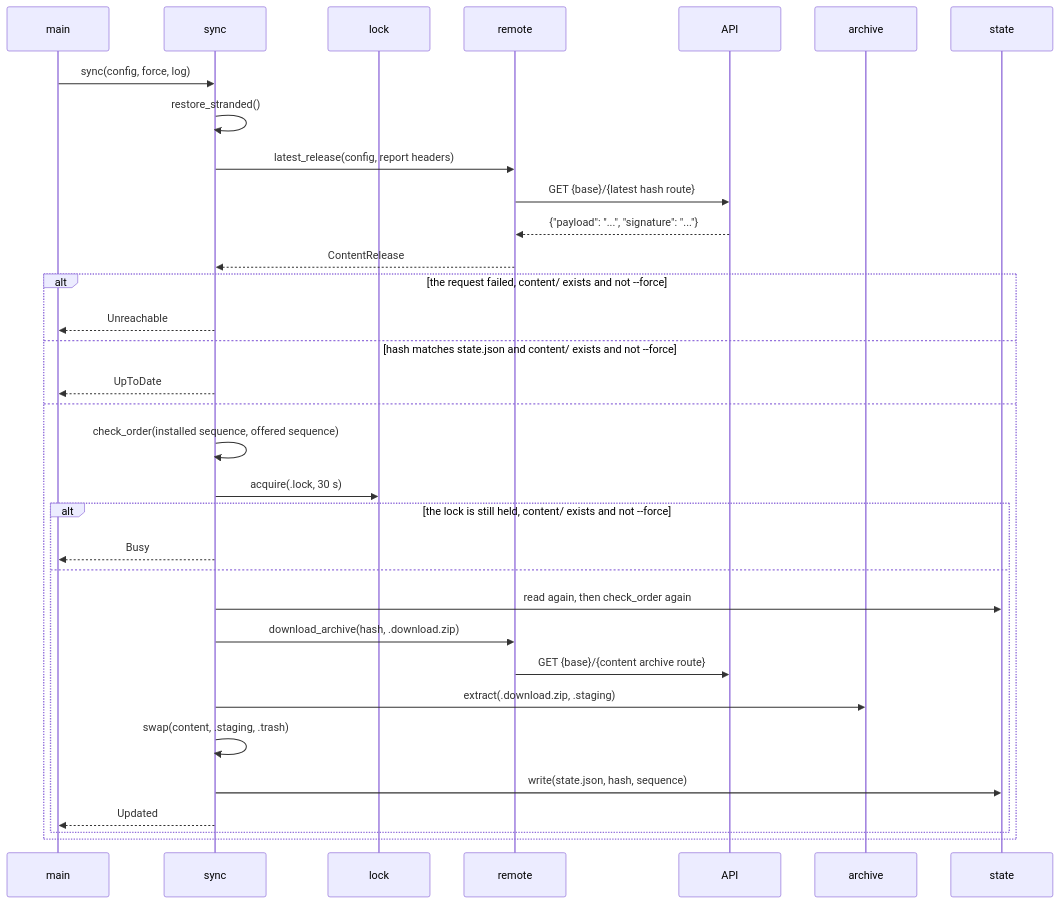
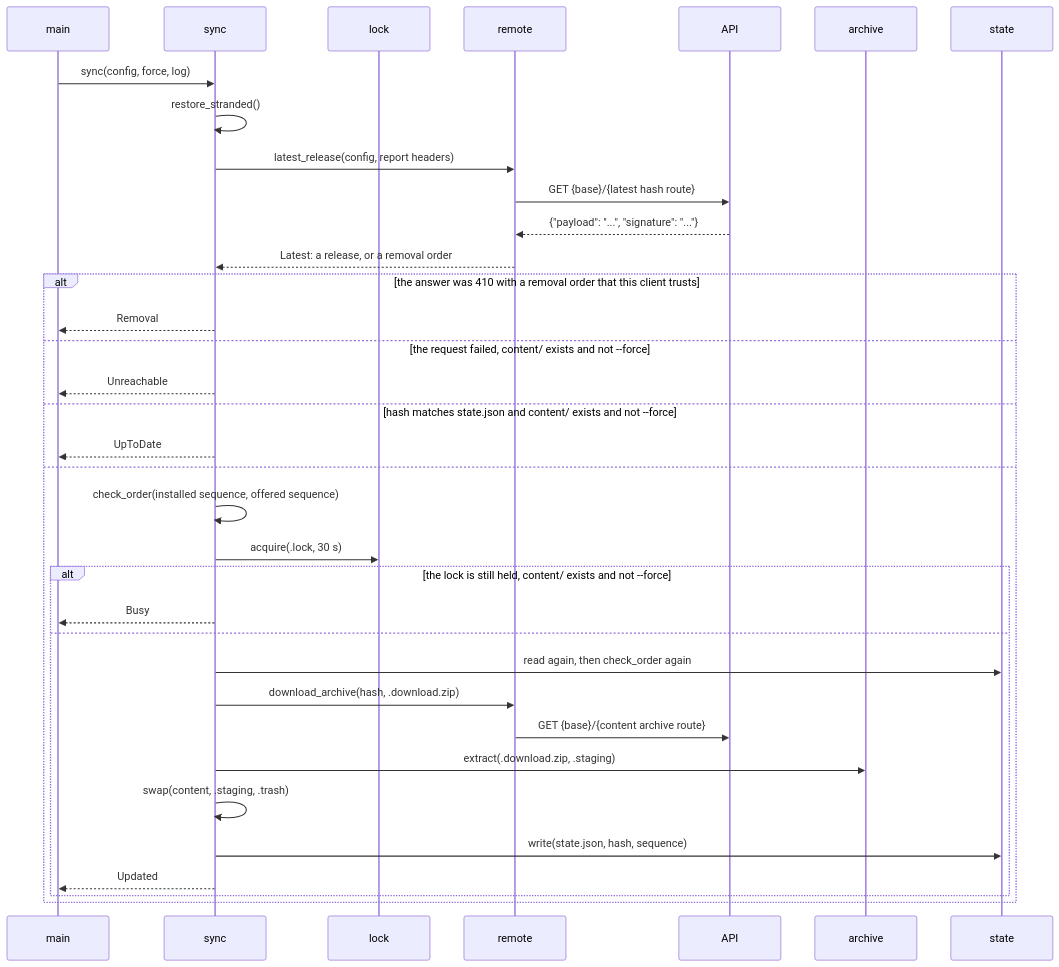
One commit to damac-italia/brainmaker changed the third of 11 diagrams in docs/FLOW.md. Above: the diagram before and after it, drawn with Mermaid. The commit also changed other lines of this file and 19 other files, not shown here.

````diff
--- a/docs/FLOW.md
+++ b/docs/FLOW.md
@@ -140,35 +142,37 @@
 ```mermaid
 sequenceDiagram
     participant main
     participant sync
     participant lock
     participant remote
     participant API
     participant archive
     participant state
     main->>sync: sync(config, force, log)
     sync->>sync: restore_stranded()
     sync->>remote: latest_release(config, report headers)
     remote->>API: GET {base}/{latest hash route}
     API-->>remote: {"payload": "...", "signature": "..."}
-    remote-->>sync: ContentRelease
-    alt the request failed, content/ exists and not --force
+    remote-->>sync: Latest: a release, or a removal order
+    alt the answer was 410 with a removal order that this client trusts
+        sync-->>main: Removal
+    else the request failed, content/ exists and not --force
         sync-->>main: Unreachable
     else hash matches state.json and content/ exists and not --force
         sync-->>main: UpToDate
     else
         sync->>sync: check_order(installed sequence, offered sequence)
         sync->>lock: acquire(.lock, 30 s)
         alt the lock is still held, content/ exists and not --force
             sync-->>main: Busy
         else
             sync->>state: read again, then check_order again
             sync->>remote: download_archive(hash, .download.zip)
             remote->>API: GET {base}/{content archive route}
             sync->>archive: extract(.download.zip, .staging)
             sync->>sync: swap(content, .staging, .trash)
             sync->>state: write(state.json, hash, sequence)
             sync-->>main: Updated
         end
     end
 ```
````
